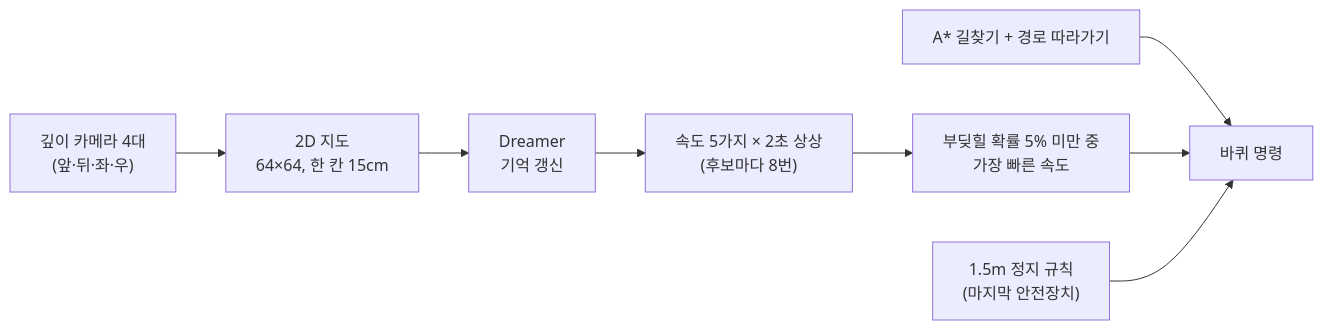
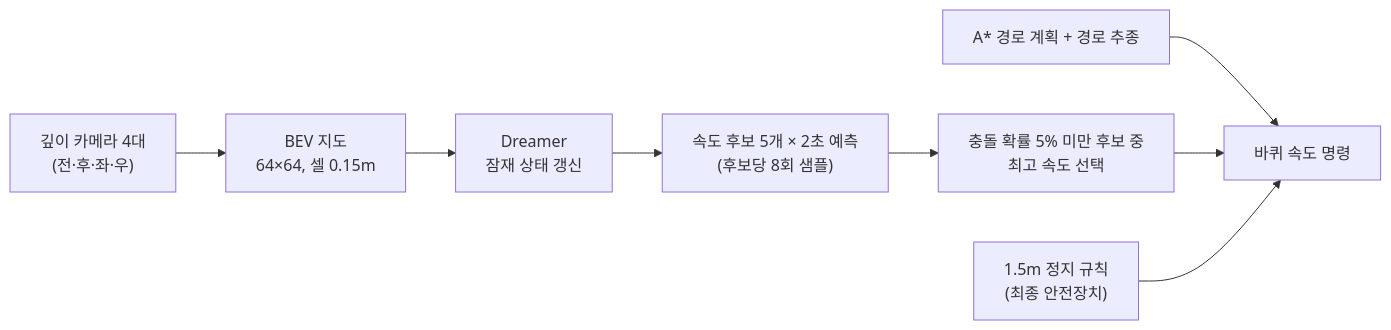
The diagram in README.md (KINN-CH/agv-dreamer-warehouse), drawn with Mermaid before and after one commit. The commit also changed other lines of this file and 10 other files, not shown here.

Commit message:
문서 어투 정리: 제목·본문을 명확한 서술체로 (시스템 구조도 등), RC카 구성 정정

````diff
--- a/README.md
+++ b/README.md
@@ -67,10 +67,10 @@
 ```mermaid
 flowchart LR
-  A["깊이 카메라 4대<br/>(앞·뒤·좌·우)"] --> B["2D 지도<br/>64×64, 한 칸 15cm"]
-  B --> C["Dreamer<br/>기억 갱신"]
-  C --> D["속도 5가지 × 2초 상상<br/>(후보마다 8번)"]
-  D --> E["부딪힐 확률 5% 미만 중<br/>가장 빠른 속도"]
-  F["A* 길찾기 + 경로 따라가기"] --> G["바퀴 명령"]
+  A["깊이 카메라 4대<br/>(전·후·좌·우)"] --> B["BEV 지도<br/>64×64, 셀 0.15m"]
+  B --> C["Dreamer<br/>잠재 상태 갱신"]
+  C --> D["속도 후보 5개 × 2초 예측<br/>(후보당 8회 샘플)"]
+  D --> E["충돌 확률 5% 미만 후보 중<br/>최고 속도 선택"]
+  F["A* 경로 계획 + 경로 추종"] --> G["바퀴 속도 명령"]
   E --> G
-  H["1.5m 정지 규칙<br/>(마지막 안전장치)"] --> G
+  H["1.5m 정지 규칙<br/>(최종 안전장치)"] --> G
 ```
````
